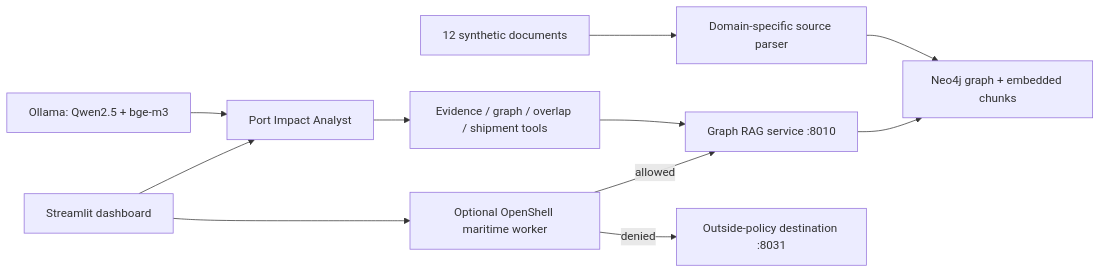
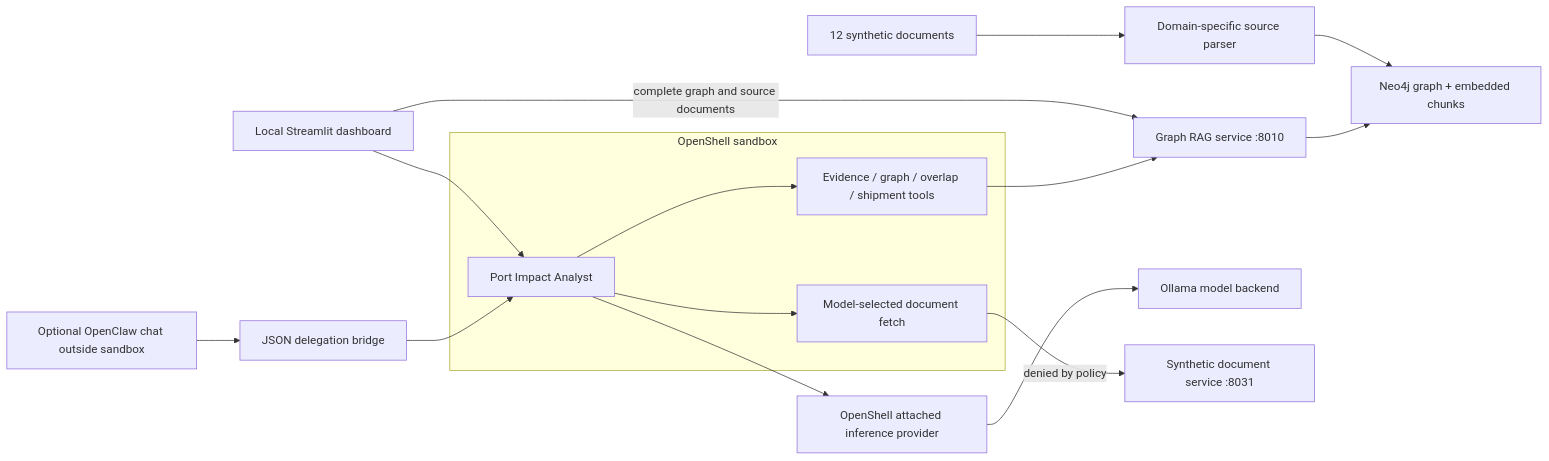
The diagram in README.md (suhasvkashyap/maritime-graph-rag-demo), drawn with Mermaid before and after one commit. The commit also changed other lines of this file and 44 other files, not shown here.

First line of the commit message:
Run maritime agent in OpenShell and add full graph exploration

````diff
--- a/README.md
+++ b/README.md
@@ -9,13 +9,18 @@
 ```mermaid
 flowchart LR
     PDF[12 synthetic documents] --> Parser[Domain-specific source parser]
     Parser --> Neo4j[Neo4j graph + embedded chunks]
-    Ollama[Ollama: Qwen2.5 + bge-m3] --> Agent[Port Impact Analyst]
-    UI[Streamlit dashboard] --> Agent
-    Agent --> Tools[Evidence / graph / overlap / shipment tools]
+    UI[Local Streamlit dashboard] --> Agent
+    UI -->|complete graph and source documents| API
+    OC[Optional OpenClaw chat outside sandbox] --> Bridge[JSON delegation bridge]
+    Bridge --> Agent
+    subgraph OpenShell sandbox
+      Agent[Port Impact Analyst] --> Tools[Evidence / graph / overlap / shipment tools]
+      Agent --> Fetch[Model-selected document fetch]
+    end
+    Agent --> Router[OpenShell attached inference provider]
+    Router --> Ollama[Ollama model backend]
     Tools --> API[Graph RAG service :8010]
     API --> Neo4j
-    UI --> Worker[Optional OpenShell maritime worker]
-    Worker -->|allowed| API
-    Worker -->|denied| Outside[Outside-policy destination :8031]
+    Fetch -->|denied by policy| Outside[Synthetic document service :8031]
 ```
````
